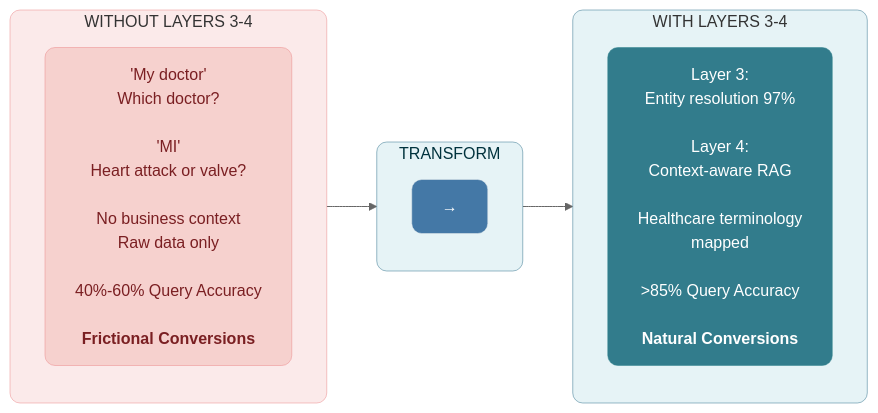
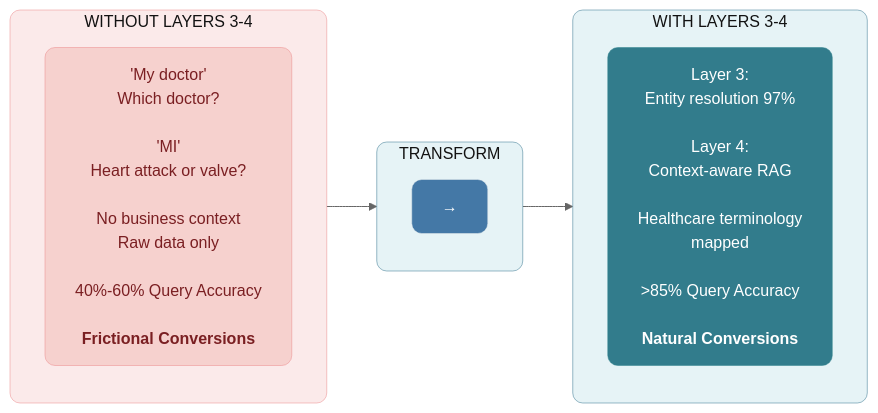
The first of 13 diagrams in manuscript/06_chapter_5_intelligence_layers.md (saitejesh-cyber/trust-before-intelligence-book), drawn with Mermaid (neutral theme) before and after one commit. The commit also changed other lines of this file and 12 other files, not shown here.

````diff
--- a/manuscript/06_chapter_5_intelligence_layers.md
+++ b/manuscript/06_chapter_5_intelligence_layers.md
@@ -8,29 +8,29 @@
 ```mermaid
 
 graph LR
     subgraph WITHOUT["WITHOUT LAYERS 3-4"]
         direction TB
         W1["'My doctor'<br/>Which doctor?<br/><br/>'MI'<br/>Heart attack or valve?<br/><br/>No business context<br/>Raw data only<br/><br/>40%-60% Query Accuracy<br/><br/><b>Frictional Conversions</b>"]
     end
     
     subgraph TRANSFORM["TRANSFORM"]
         direction TB
         T1["→"]
     end
     
     subgraph WITH["WITH LAYERS 3-4"]
         direction TB
         L1["Layer 3:<br/>Entity resolution 97%<br/><br/>Layer 4:<br/>Context-aware RAG<br/><br/>Healthcare terminology<br/>mapped<br/><br/>>85% Query Accuracy<br/><br/><b>Natural Conversions</b>"]
     end
     
     WITHOUT --> TRANSFORM --> WITH
     
-    style WITHOUT fill:#FBEAEA,stroke:#EB898B,stroke-width:0.5px,rx:10,ry:10
+    style WITHOUT fill:#FBEAEA,stroke:#EB898B,stroke-width:0.5px,color:#121212,rx:10,ry:10
     style W1 fill:#F6D1CE,stroke:#EB898B,stroke-width:0.5px,color:#7A1F22,rx:10,ry:10
-    style TRANSFORM fill:#E6F3F6,stroke:#32738C,stroke-width:0.5px,color:#00323D,rx:10,ry:10
+    style TRANSFORM fill:#E6F3F6,stroke:#32738C,stroke-width:0.5px,color:#121212,rx:10,ry:10
     style T1 fill:#4478A6,stroke:#e4ebed,stroke-width:0.5px,color:#FFFFFF,rx:10,ry:10
-    style WITH fill:#E6F3F6,stroke:#32738C,stroke-width:0.5px,rx:10,ry:10
+    style WITH fill:#E6F3F6,stroke:#32738C,stroke-width:0.5px,color:#121212,rx:10,ry:10
     style L1 fill:#327C8C,stroke:#30838C,stroke-width:0.5px,color:#ffffff,rx:10,ry:10
 
 
 ```
````
